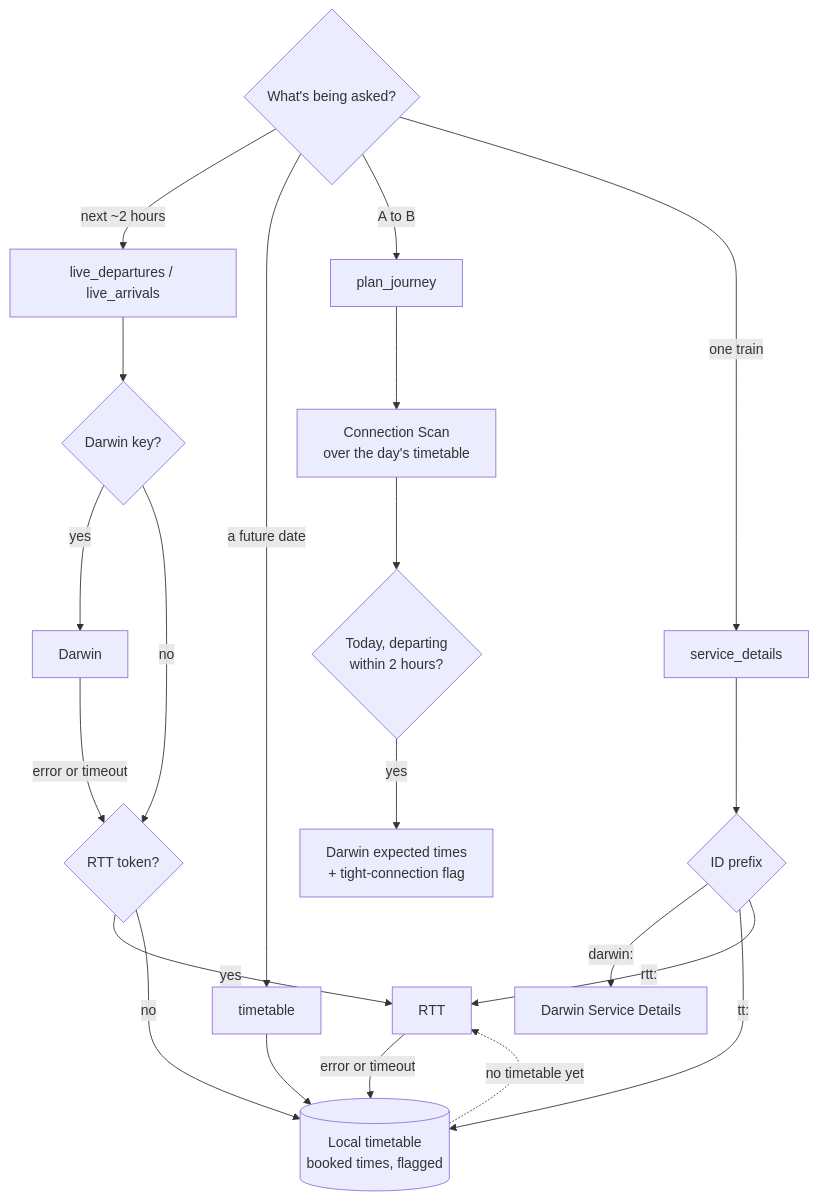
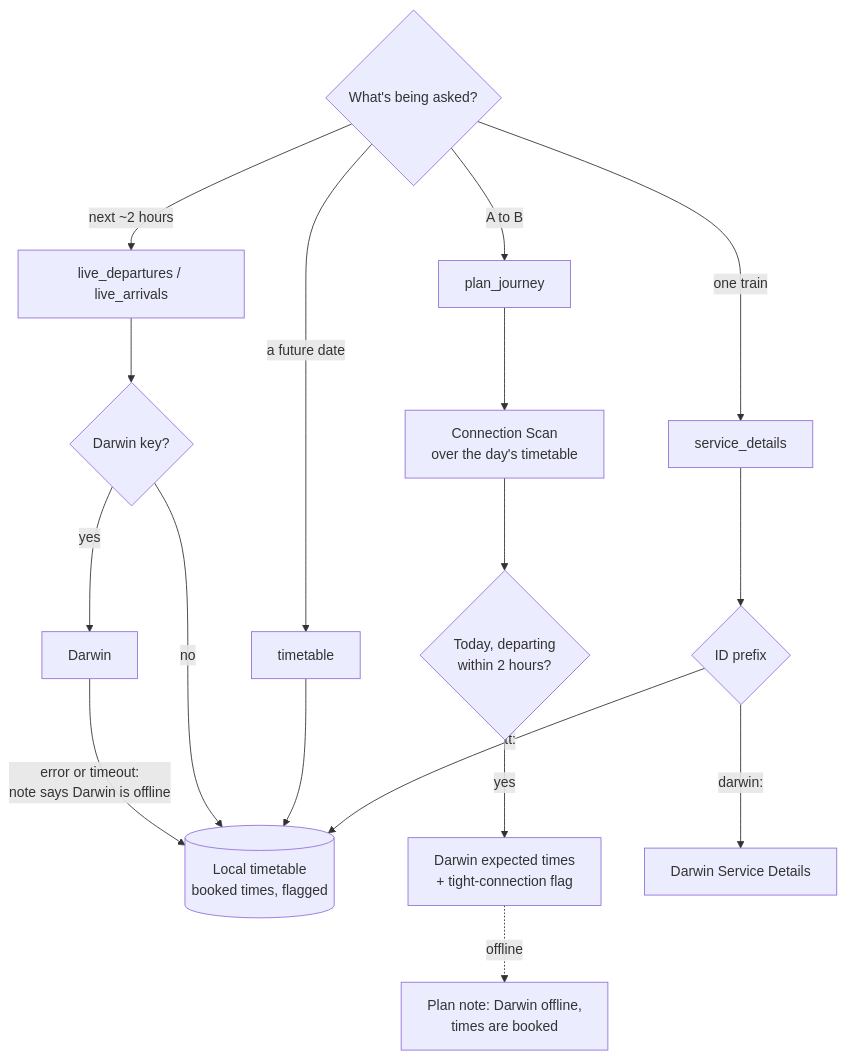
Before and after one commit to hugorodgerbrown/traintracker: the second of 2 diagrams in README.md, drawn with Mermaid. The commit also changed other lines of this file and 10 other files, not shown here.

````diff
--- a/README.md
+++ b/README.md
@@ -90,28 +80,24 @@
 ```mermaid
 flowchart TD
     Q{What's being asked?}
     Q -->|next ~2 hours| L[live_departures / live_arrivals]
     Q -->|a future date| T[timetable]
     Q -->|A to B| P[plan_journey]
     Q -->|one train| S[service_details]
 
     L --> L1{Darwin key?}
     L1 -->|yes| Darwin
-    Darwin -->|error or timeout| L2
-    L1 -->|no| L2{RTT token?}
-    L2 -->|yes| RTT
-    RTT -->|error or timeout| TT
-    L2 -->|no| TT[(Local timetable<br/>booked times, flagged)]
+    Darwin -->|error or timeout:<br/>note says Darwin is offline| TT
+    L1 -->|no| TT[(Local timetable<br/>booked times, flagged)]
 
     T --> TT
-    TT -.->|no timetable yet| RTT
 
     P --> CSA[Connection Scan<br/>over the day's timetable]
     CSA --> OV{Today, departing<br/>within 2 hours?}
     OV -->|yes| Darwin2[Darwin expected times<br/>+ tight-connection flag]
+    Darwin2 -.->|offline| Note[Plan note: Darwin offline,<br/>times are booked]
 
     S --> ID{ID prefix}
     ID -->|darwin:| Darwin3[Darwin Service Details]
     ID -->|tt:| TT
-    ID -->|rtt:| RTT
 ```
````
